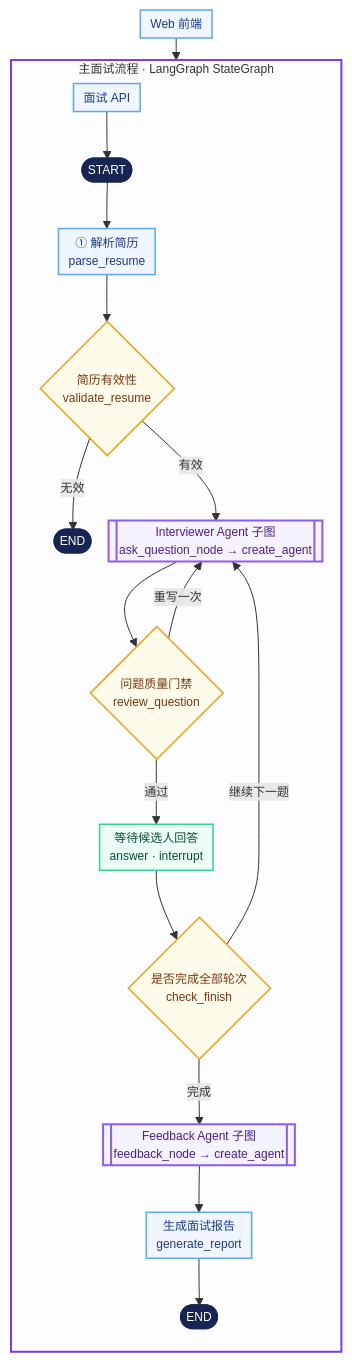
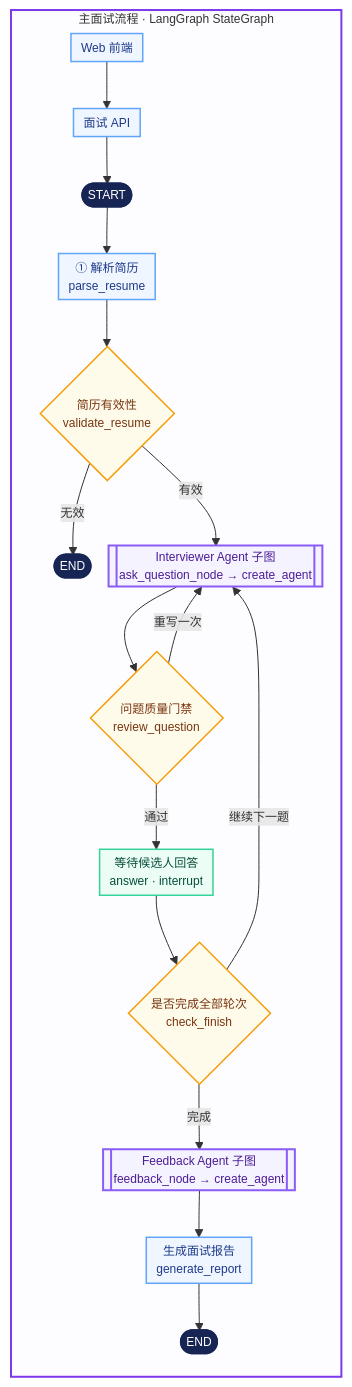
One commit to Lucky-LMC/AI-Interview changed the first of 4 diagrams in README.md. Above: the diagram before and after it, drawn with Mermaid. The commit also changed other lines of this file, not shown here.

Commit message:
fix: prevent architecture diagram label overlap

````diff
--- a/README.md
+++ b/README.md
@@ -24,36 +24,35 @@
 ```mermaid
 %%{init: {"flowchart": {"nodeSpacing": 18, "rankSpacing": 22, "padding": 5}, "themeVariables": {"fontSize": "12px"}}}%%
 flowchart TB
-    web["Web 前端"] --> interview_api["面试 API"]
-
     subgraph interview_flow["主面试流程 · LangGraph StateGraph"]
         direction TB
+        web["Web 前端"] --> interview_api["面试 API"]
         interview_api --> start([START])
         start --> parse["① 解析简历<br/>parse_resume"]
         parse --> validate{"简历有效性<br/>validate_resume"}
         validate -- 无效 --> invalid_end([END])
         validate -- 有效 --> interviewer[["Interviewer Agent 子图<br/>ask_question_node → create_agent"]]
         interviewer --> review{"问题质量门禁<br/>review_question"}
         review -- 重写一次 --> interviewer
         review -- 通过 --> answer["等待候选人回答<br/>answer · interrupt"]
         answer --> finish{"是否完成全部轮次<br/>check_finish"}
         finish -- 继续下一题 --> interviewer
         finish -- 完成 --> feedback[["Feedback Agent 子图<br/>feedback_node → create_agent"]]
         feedback --> report["生成面试报告<br/>generate_report"]
         report --> done([END])
     end
 
     classDef terminal fill:#172554,color:#ffffff,stroke:#172554,stroke-width:2px;
     classDef process fill:#eff6ff,color:#1e3a8a,stroke:#60a5fa,stroke-width:1.5px;
     classDef decision fill:#fffbeb,color:#78350f,stroke:#f59e0b,stroke-width:1.5px;
     classDef agent fill:#f5f3ff,color:#4c1d95,stroke:#8b5cf6,stroke-width:2px;
     classDef human fill:#ecfdf5,color:#064e3b,stroke:#34d399,stroke-width:1.5px;
 
     class start,invalid_end,done terminal;
     class web,interview_api,parse,report process;
     class validate,review,finish decision;
     class interviewer,feedback agent;
     class answer human;
 
     style interview_flow fill:#fdfcff,stroke:#7c3aed,stroke-width:2px;
 ```
````
